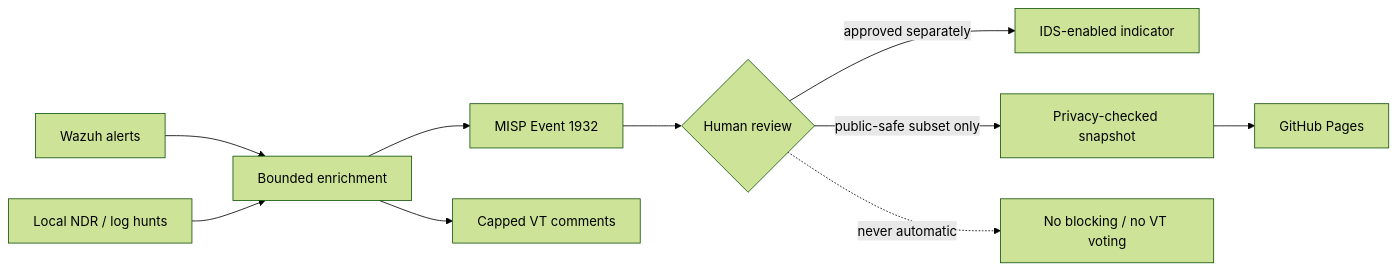
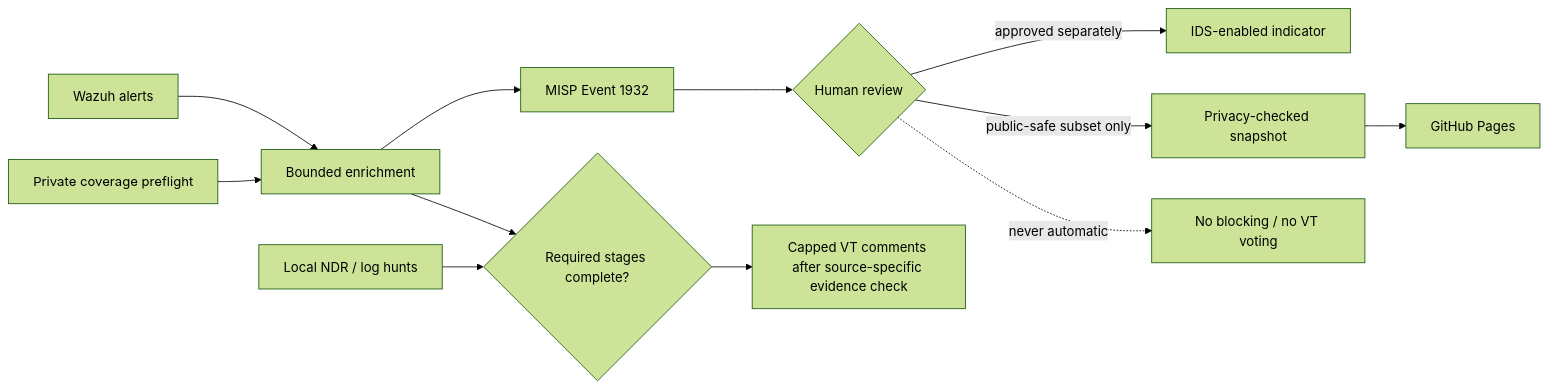
Before and after one commit to M0dred/kit-cloud-soc: the diagram in README.md, drawn with Mermaid (forest theme). The commit also changed other lines of this file and 33 other files, not shown here.

Commit message:
Require complete evidence and protect outbound SOC observations

````diff
--- a/README.md
+++ b/README.md
@@ -17,12 +17,14 @@
 ```mermaid
 flowchart LR
   W[Wazuh alerts] --> P[Bounded enrichment]
-  N[Local NDR / log hunts] --> P
+  H[Private coverage preflight] --> P
+  N[Local NDR / log hunts] --> Vgate{Required stages complete?}
   P --> M[MISP Event 1932]
   M --> R{Human review}
   R -->|approved separately| I[IDS-enabled indicator]
   R -->|public-safe subset only| D[Privacy-checked snapshot]
   D --> G[GitHub Pages]
-  P --> V[Capped VT comments]
+  P --> Vgate
+  Vgate --> V[Capped VT comments after source-specific evidence check]
   R -. never automatic .-> X[No blocking / no VT voting]
 ```
````
